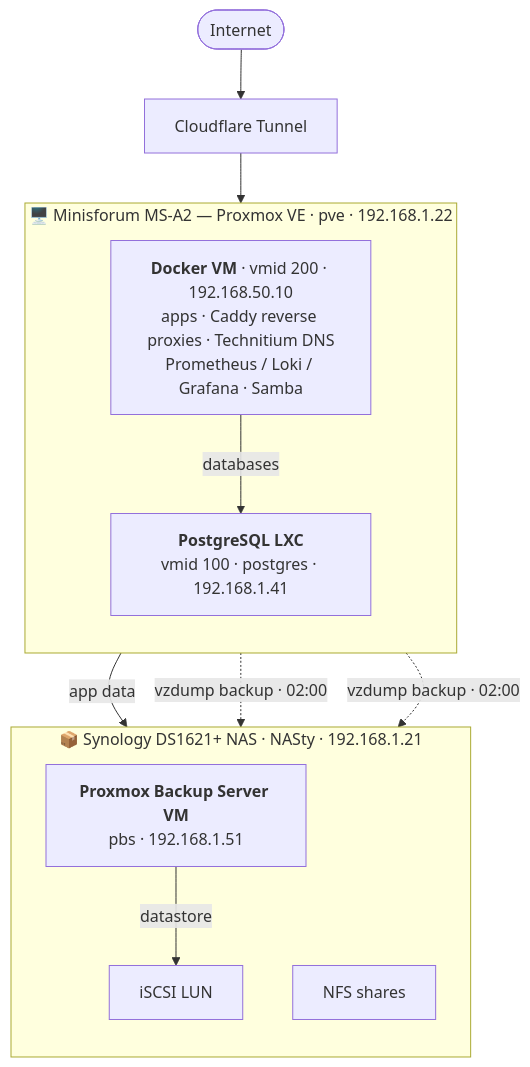
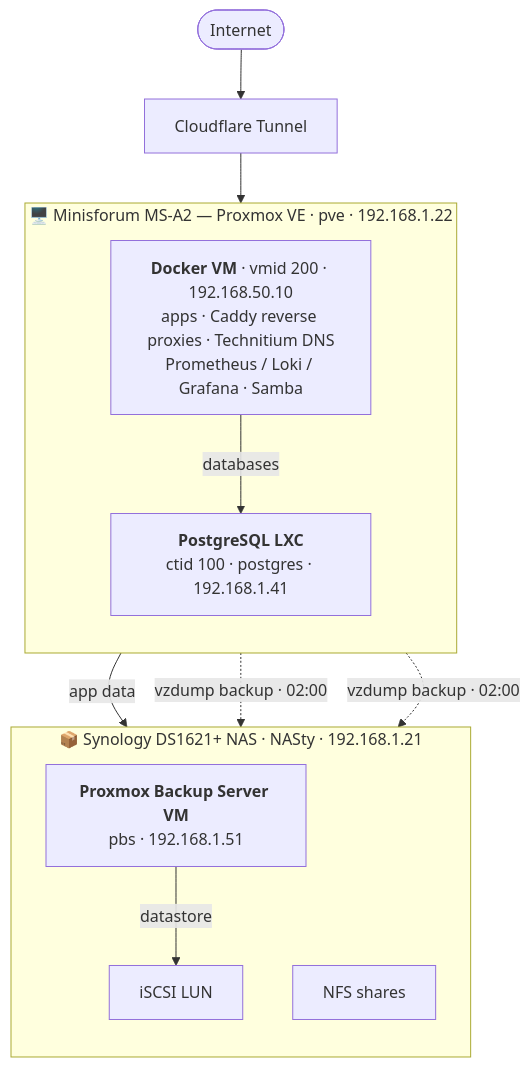
The diagram in README.md (DonDebonair/homelab), drawn with Mermaid before and after one commit.

Commit message:
docs: correct LXC container id

````diff
--- a/README.md
+++ b/README.md
@@ -20,25 +20,25 @@
 ```mermaid
 flowchart TB
     internet([Internet])
     cf["Cloudflare Tunnel"]
 
     subgraph msa2["🖥️ Minisforum MS-A2 — Proxmox VE · pve · 192.168.1.22"]
         direction TB
         dockervm["<b>Docker VM</b> · vmid 200 · 192.168.50.10<br/>apps · Caddy reverse proxies · Technitium DNS<br/>Prometheus / Loki / Grafana · Samba"]
-        pglxc["<b>PostgreSQL LXC</b><br/>vmid 100 · postgres · 192.168.1.41"]
+        pglxc["<b>PostgreSQL LXC</b><br/>ctid 100 · postgres · 192.168.1.41"]
     end
 
     subgraph nas["📦 Synology DS1621+ NAS · NASty · 192.168.1.21"]
         direction TB
         pbs["<b>Proxmox Backup Server VM</b><br/>pbs · 192.168.1.51"]
         nfs["NFS shares"]
         iscsi["iSCSI LUN"]
     end
 
     internet --> cf --> dockervm
     dockervm -->|databases| pglxc
     dockervm -->|app data| nfs
     pbs -->|datastore| iscsi
     pglxc -. "vzdump backup · 02:00" .-> pbs
     dockervm -. "vzdump backup · 02:00" .-> pbs
 ```
````
